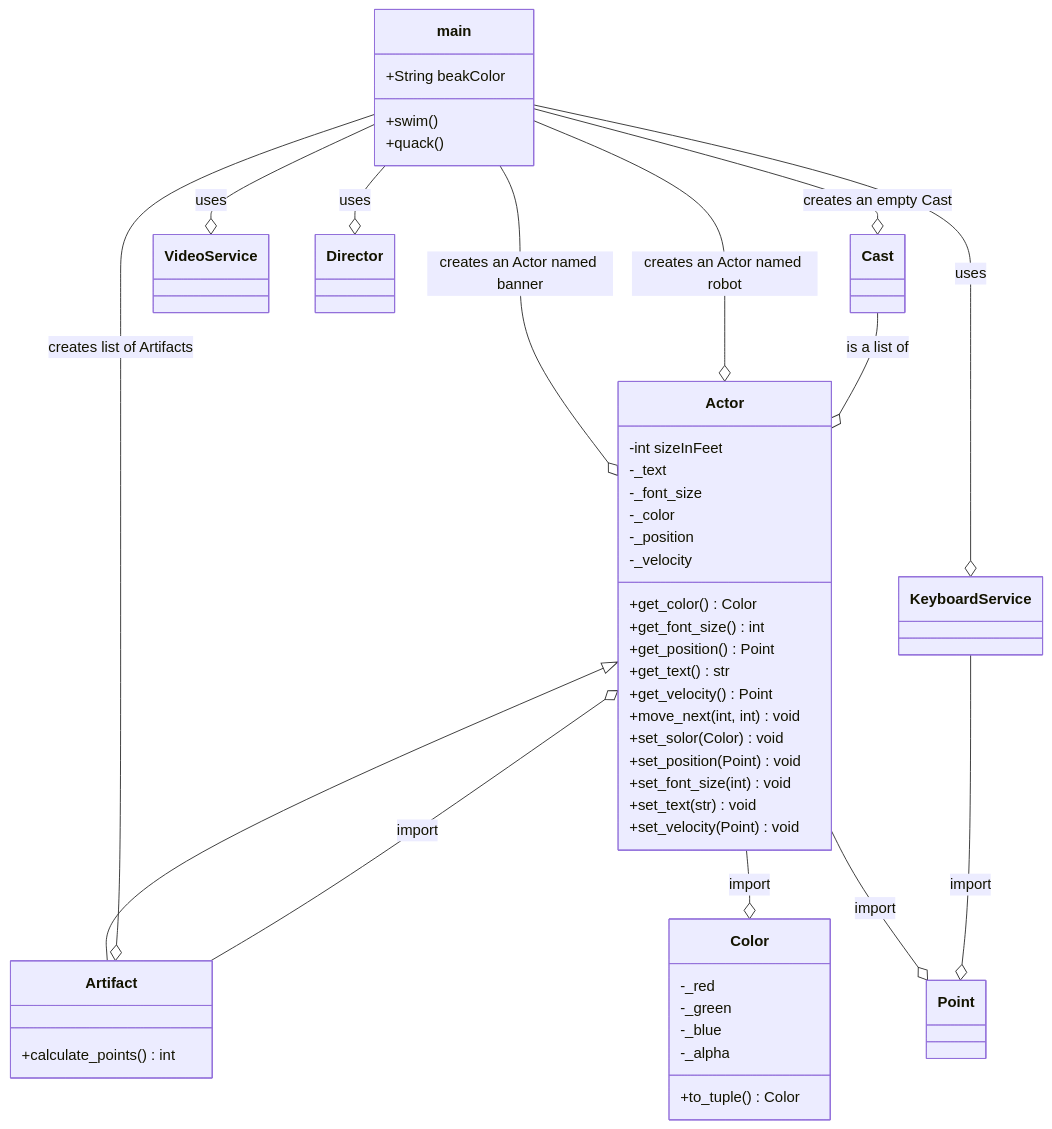
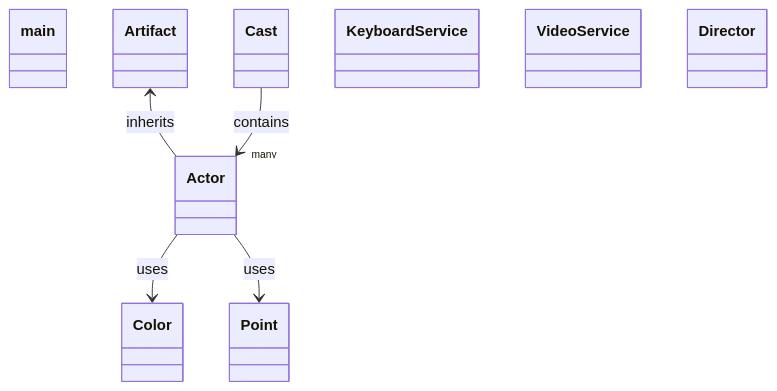
Before and after one commit to sowbyspencer/cse210-04: the diagram in greed/README.md, drawn with Mermaid.

Commit message:
change in docs

````diff
--- a/greed/README.md
+++ b/greed/README.md
@@ -31,65 +31,34 @@
 ```mermaid
 classDiagram
-Actor <|-- Artifact
-class __main__{
-  +String beakColor
-  +swim()
-  +quack()
+  class __main__{
+
   }
-class Actor{
-  -int sizeInFeet
-  -_text
-  -_font_size
-  -_color
-  -_position
-  -_velocity
-  +get_color()Color
-  +get_font_size()int
-  +get_position()Point
-  +get_text()str
-  +get_velocity()Point
-  +move_next(int, int)void
-  +set_solor(Color)void
-  +set_position(Point)void
-  +set_font_size(int)void
-  +set_text(str)void
-  +set_velocity(Point)void
+  class Actor{
+    
   }
-class Artifact{
-  +calculate_points()int
+  Actor --> Color : uses
+  Actor --> Point : uses
+  class Artifact{
+    
   }
-class Color{
-  -_red
-  -_green
-  -_blue
-  -_alpha
-  +to_tuple()Color
-}
-class Cast{
-  
-}
-class Point{
-  
-}
-class KeyboardService{
-  
-}
-class VideoService{
-  
-}
-class Director{
-  
-}
-__main__ --o Cast : creates an empty Cast
-__main__ --o Actor : creates an Actor named banner
-__main__ --o Actor : creates an Actor named robot
-__main__ --o Artifact : creates list of Artifacts
-Actor --o Color : import
-Actor --o Point : import
-Artifact --o Actor : import
-Cast --o Actor : is a list of
-KeyboardService --o Point : import
-__main__ --o KeyboardService : uses
-__main__ --o VideoService : uses
-__main__ --o Director : uses
+  Artifact <-- Actor : inherits
+  class Cast{
+    
+  }
+  Cast --> "many" Actor : contains
+  class Color{
+
+  }
+  class Point{
+    
+  }
+  class KeyboardService{
+    
+  }
+  class VideoService{
+    
+  }
+  class Director{
+    
+  }
 ```
````
